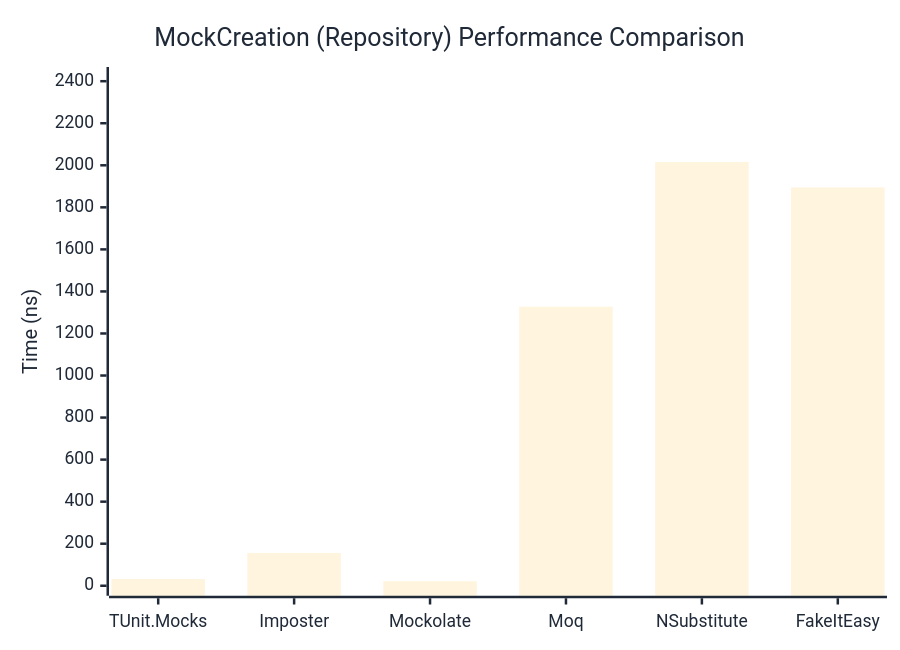
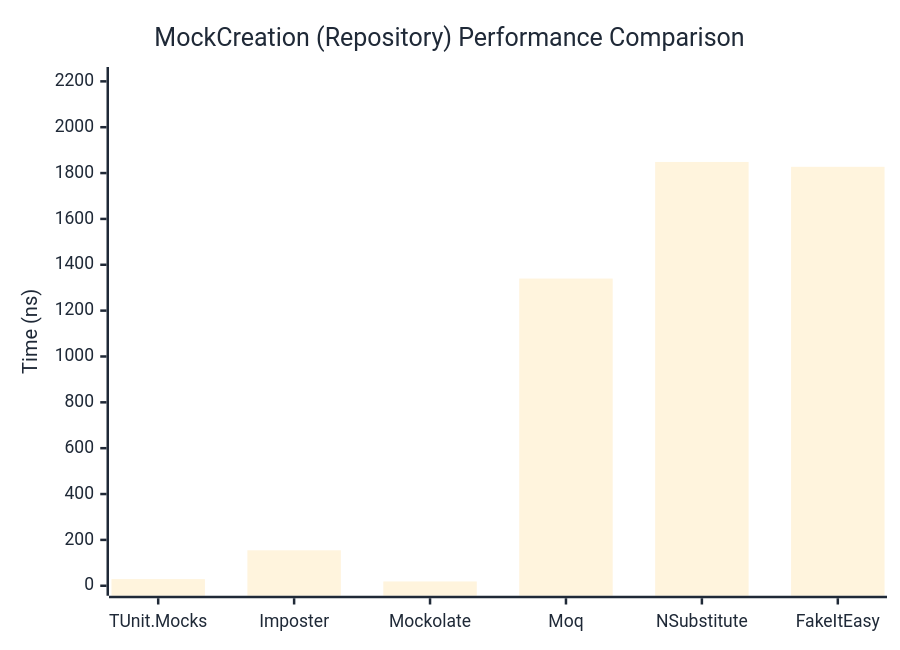
Before and after one commit to thomhurst/TUnit: the second of 2 diagrams in docs/docs/benchmarks/mocks/MockCreation.md, drawn with Mermaid. The commit also changed other lines of this file and 14 other files, not shown here.

````diff
--- a/docs/docs/benchmarks/mocks/MockCreation.md
+++ b/docs/docs/benchmarks/mocks/MockCreation.md
@@ -71,27 +71,27 @@
 ```mermaid
 %%{init: {
   'theme':'base',
   'themeVariables': {
     'primaryColor': '#2563eb',
     'primaryTextColor': '#1f2937',
     'primaryBorderColor': '#1e40af',
     'lineColor': '#6b7280',
     'secondaryColor': '#7c3aed',
     'tertiaryColor': '#dc2626',
     'background': '#ffffff',
     'pie1': '#2563eb',
     'pie2': '#7c3aed',
     'pie3': '#dc2626',
     'pie4': '#f59e0b',
     'pie5': '#10b981',
     'pie6': '#06b6d4',
     'pie7': '#ec4899',
     'pie8': '#6366f1'
   }
 }}%%
 xychart-beta
   title "MockCreation (Repository) Performance Comparison"
   x-axis ["TUnit.Mocks", "Imposter", "Mockolate", "Moq", "NSubstitute", "FakeItEasy"]
-  y-axis "Time (ns)" 0 --> 2420
-  bar [31.77, 155.96, 21.57, 1327.29, 2016.05, 1894.49]
+  y-axis "Time (ns)" 0 --> 2219
+  bar [28.93, 154.65, 18.7, 1339.9, 1848.47, 1827.21]
 ```
````
